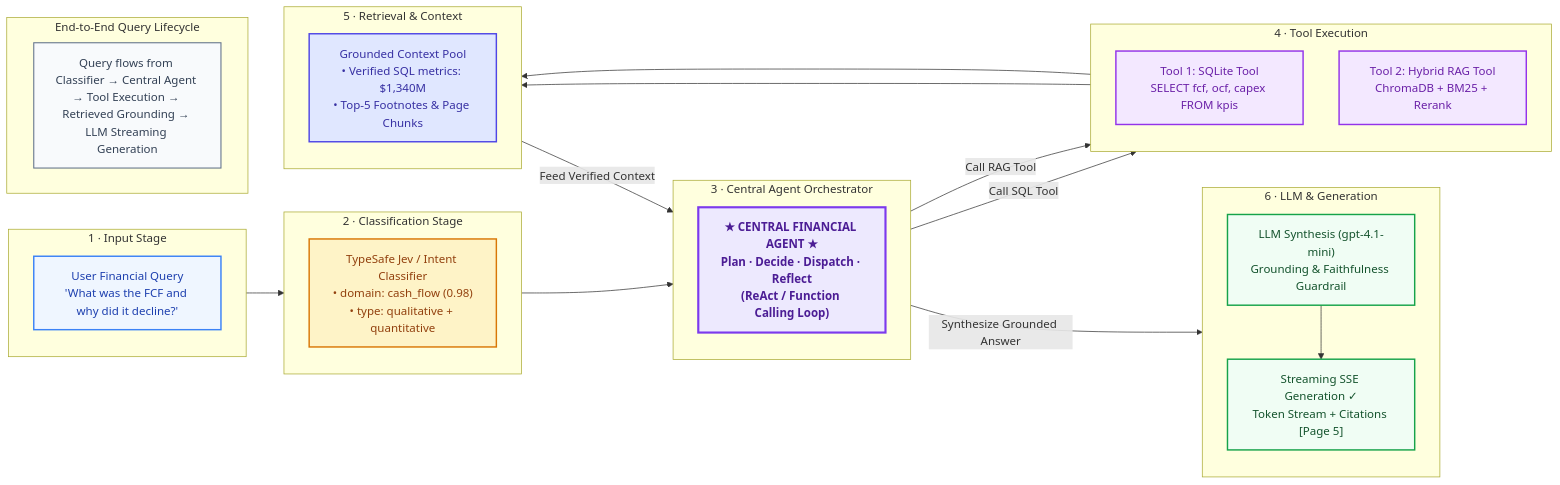
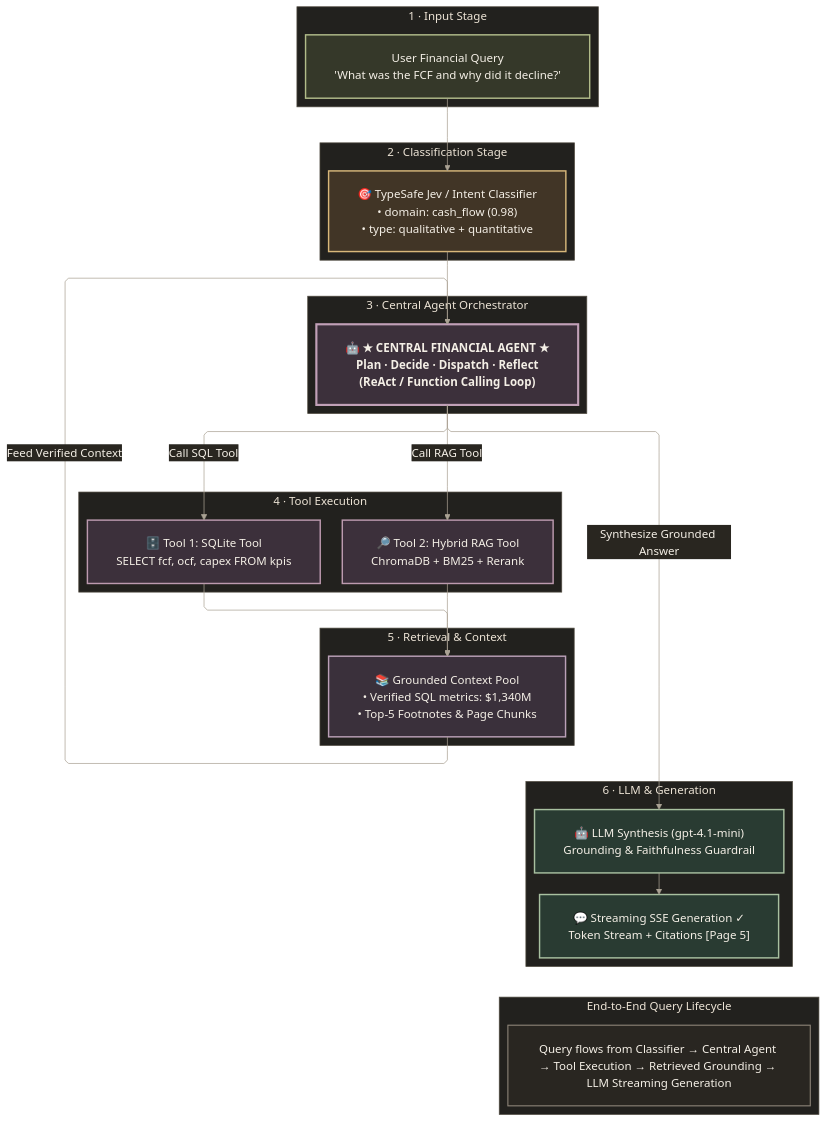
The second of 10 diagrams in week2-project-stock-ai-analyzer/ARCHITECTURE.md (tarunkhurana2015/ai-certification-gen-academy), drawn with Mermaid before and after one commit. The commit also changed other lines of this file and 22 other files, not shown here.

Commit message:
modified diagrams

````diff
--- a/week2-project-stock-ai-analyzer/ARCHITECTURE.md
+++ b/week2-project-stock-ai-analyzer/ARCHITECTURE.md
@@ -116,60 +133,67 @@
 ```mermaid
-flowchart LR
-    classDef inputNode fill:#EFF6FF,stroke:#3B82F6,stroke-width:2px,color:#1E40AF
-    classDef classifyNode fill:#FEF3C7,stroke:#D97706,stroke-width:2px,color:#92400E
-    classDef agentNode fill:#EDE9FE,stroke:#7C3AED,stroke-width:3px,color:#4C1D95,font-weight:bold
-    classDef toolNode fill:#F3E8FF,stroke:#9333EA,stroke-width:2px,color:#6B21A8
-    classDef retNode fill:#E0E7FF,stroke:#4F46E5,stroke-width:2px,color:#3730A3
-    classDef genNode fill:#F0FDF4,stroke:#16A34A,stroke-width:2px,color:#14532D
-    classDef banner fill:#F8FAFC,stroke:#64748B,stroke-width:1.5px,color:#334155
+%%{init: {"theme":"base","themeVariables":{"darkMode":true,"background":"#191816","primaryColor":"#34302A","primaryTextColor":"#F4EFE6","primaryBorderColor":"#C6AA76","secondaryColor":"#3C303B","secondaryTextColor":"#F4EFE6","secondaryBorderColor":"#BC9AAF","tertiaryColor":"#293B32","tertiaryTextColor":"#F4EFE6","tertiaryBorderColor":"#99B89B","lineColor":"#AAA294","textColor":"#F4EFE6","mainBkg":"#34302A","clusterBkg":"#22211E","clusterBorder":"#514B41","titleColor":"#ECE3D5","edgeLabelBackground":"#292620","actorBkg":"#34302A","actorBorder":"#C6AA76","actorTextColor":"#F4EFE6","actorLineColor":"#8F8679","signalColor":"#D6BA87","signalTextColor":"#ECE3D5","labelBoxBkgColor":"#3C303B","labelBoxBorderColor":"#BC9AAF","labelTextColor":"#F4EFE6","loopTextColor":"#E0CEDB","noteBkgColor":"#413526","noteTextColor":"#F1DEC0","noteBorderColor":"#D7B77A","activationBkgColor":"#293B32","activationBorderColor":"#99B89B","sequenceNumberColor":"#191816","fontFamily":"Arial, Helvetica, sans-serif","fontSize":"16px"},"themeCSS":"& { background-color: #191816; } .node rect, .node polygon, .node path, .node circle { stroke-width: 1.5px; } .node rect { rx: 9px; ry: 9px; } .cluster rect { rx: 12px; ry: 12px; } .cluster-label span { font-weight: 600; } .edgeLabel { color: #E9DECC; } .flowchart-link { stroke-width: 1.5px; } text, .label, .nodeLabel, .cluster-label, .edgeLabel, foreignObject, p, span { font-family: Arial, Helvetica, sans-serif !important; }","layout":"elk","elk":{"mergeEdges":true,"nodePlacementStrategy":"NETWORK_SIMPLEX","cycleBreakingStrategy":"GREEDY","forceNodeModelOrder":false},"flowchart":{"curve":"linear","nodeSpacing":36,"rankSpacing":64,"padding":20,"wrappingWidth":340,"useMaxWidth":true,"htmlLabels":true}}}%%
+flowchart TB
+    classDef inputNode fill:#353829,stroke:#B1BB89,stroke-width:2px,color:#F4EFE6
+    classDef classifyNode fill:#413526,stroke:#D7B77A,stroke-width:2px,color:#F4EFE6
+    classDef agentNode fill:#3C303B,stroke:#C1A0B7,stroke-width:3px,color:#F4EFE6,font-weight:bold
+    classDef toolNode fill:#3C303B,stroke:#BC9AAF,stroke-width:2px,color:#F4EFE6
+    classDef retNode fill:#3A303B,stroke:#BAA0B7,stroke-width:2px,color:#F4EFE6
+    classDef genNode fill:#293B32,stroke:#A8C0A0,stroke-width:2px,color:#F4EFE6
+    classDef banner fill:#292621,stroke:#8F8679,stroke-width:1.5px,color:#F4EFE6
 
     subgraph Stage1["1 · Input Stage"]
         direction TB
         QIn["User Financial Query<br/>'What was the FCF and why did it decline?'"]:::inputNode
     end
 
     subgraph Stage2["2 · Classification Stage"]
         direction TB
-        Classifier["TypeSafe Jev / Intent Classifier<br/>• domain: cash_flow (0.98)<br/>• type: qualitative + quantitative"]:::classifyNode
+        Classifier["🎯 TypeSafe Jev / Intent Classifier<br/>• domain: cash_flow (0.98)<br/>• type: qualitative + quantitative"]:::classifyNode
     end
 
     subgraph Stage3["3 · Central Agent Orchestrator"]
         direction TB
-        AgentBrain["★ CENTRAL FINANCIAL AGENT ★<br/>Plan · Decide · Dispatch · Reflect<br/>(ReAct / Function Calling Loop)"]:::agentNode
+        AgentBrain["🤖 ★ CENTRAL FINANCIAL AGENT ★<br/>Plan · Decide · Dispatch · Reflect<br/>(ReAct / Function Calling Loop)"]:::agentNode
     end
 
     subgraph Stage4["4 · Tool Execution"]
         direction TB
-        ToolSQL["Tool 1: SQLite Tool<br/>SELECT fcf, ocf, capex FROM kpis"]:::toolNode
-        ToolRAG["Tool 2: Hybrid RAG Tool<br/>ChromaDB + BM25 + Rerank"]:::toolNode
+        ToolSQL["🗄️ Tool 1: SQLite Tool<br/>SELECT fcf, ocf, capex FROM kpis"]:::toolNode
+        ToolRAG["🔎 Tool 2: Hybrid RAG Tool<br/>ChromaDB + BM25 + Rerank"]:::toolNode
     end
 
     subgraph Stage5["5 · Retrieval & Context"]
         direction TB
-        RetData["Grounded Context Pool<br/>• Verified SQL metrics: $1,340M<br/>• Top-5 Footnotes & Page Chunks"]:::retNode
+        RetData["📚 Grounded Context Pool<br/>• Verified SQL metrics: $1,340M<br/>• Top-5 Footnotes & Page Chunks"]:::retNode
     end
 
     subgraph Stage6["6 · LLM & Generation"]
         direction TB
-        LLMSynth["LLM Synthesis (gpt-4.1-mini)<br/>Grounding & Faithfulness Guardrail"]:::genNode
-        StreamOut["Streaming SSE Generation ✓<br/>Token Stream + Citations [Page 5]"]:::genNode
+        LLMSynth["🤖 LLM Synthesis (gpt-4.1-mini)<br/>Grounding & Faithfulness Guardrail"]:::genNode
+        StreamOut["💬 Streaming SSE Generation ✓<br/>Token Stream + Citations [Page 5]"]:::genNode
         LLMSynth --> StreamOut
     end
 
     QIn --> Classifier
     Classifier --> AgentBrain
     
     AgentBrain -->|Call SQL Tool| ToolSQL
     AgentBrain -->|Call RAG Tool| ToolRAG
     
     ToolSQL --> RetData
     ToolRAG --> RetData
     
     RetData -->|Feed Verified Context| AgentBrain
     AgentBrain -->|Synthesize Grounded Answer| LLMSynth
 
     subgraph StageBanner["End-to-End Query Lifecycle"]
         direction LR
         BText["Query flows from Classifier → Central Agent → Tool Execution → Retrieved Grounding → LLM Streaming Generation"]:::banner
     end
+
+    classDef default fill:#34302A,stroke:#C6AA76,color:#F4EFE6
+    linkStyle default stroke:#AAA294
+    %% Invisible links only guide placement; they are not data flow.
+    RetData ~~~ LLMSynth
+    StreamOut ~~~ StageBanner
 ```
````
